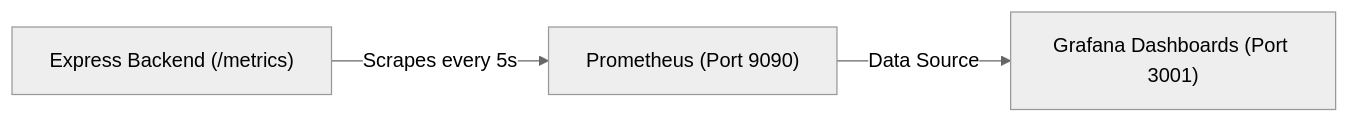
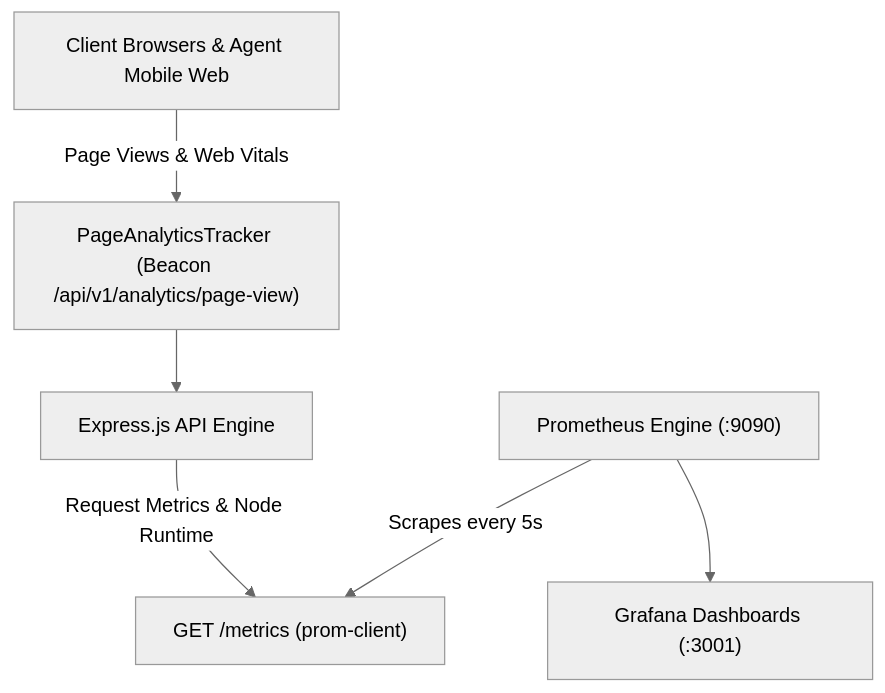
One commit to adarshaldkar/Loan_verification_system changed the diagram in monitoring/README.md. Above: the diagram before and after it, drawn with Mermaid (neutral theme). The commit also changed other lines of this file and 14 other files, not shown here.

Commit message:
feat(observability): complete advanced 5-dashboard Grafana suite with Web Vitals, GPS, DB and business workflows

````diff
--- a/monitoring/README.md
+++ b/monitoring/README.md
@@ -9,5 +9,8 @@
 ```mermaid
-graph LR
-    Express["Express Backend (/metrics)"] -- "Scrapes every 5s" --> Prometheus["Prometheus (Port 9090)"]
-    Prometheus -- "Data Source" --> Grafana["Grafana Dashboards (Port 3001)"]
+graph TD
+    User["Client Browsers & Agent Mobile Web"] -- "Page Views & Web Vitals" --> Tracker["PageAnalyticsTracker (Beacon /api/v1/analytics/page-view)"]
+    Tracker --> Express["Express.js API Engine"]
+    Express -- "Request Metrics & Node Runtime" --> Metrics["GET /metrics (prom-client)"]
+    Prometheus["Prometheus Engine (:9090)"] -- "Scrapes every 5s" --> Metrics
+    Prometheus --> Grafana["Grafana Dashboards (:3001)"]
 ```
````
